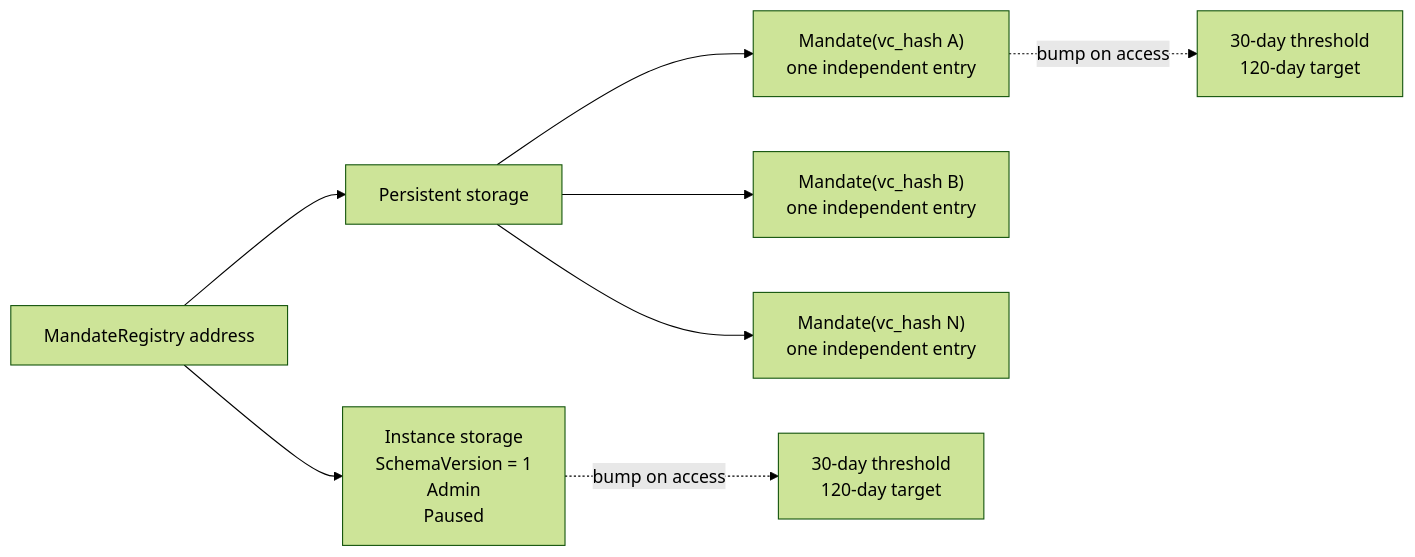
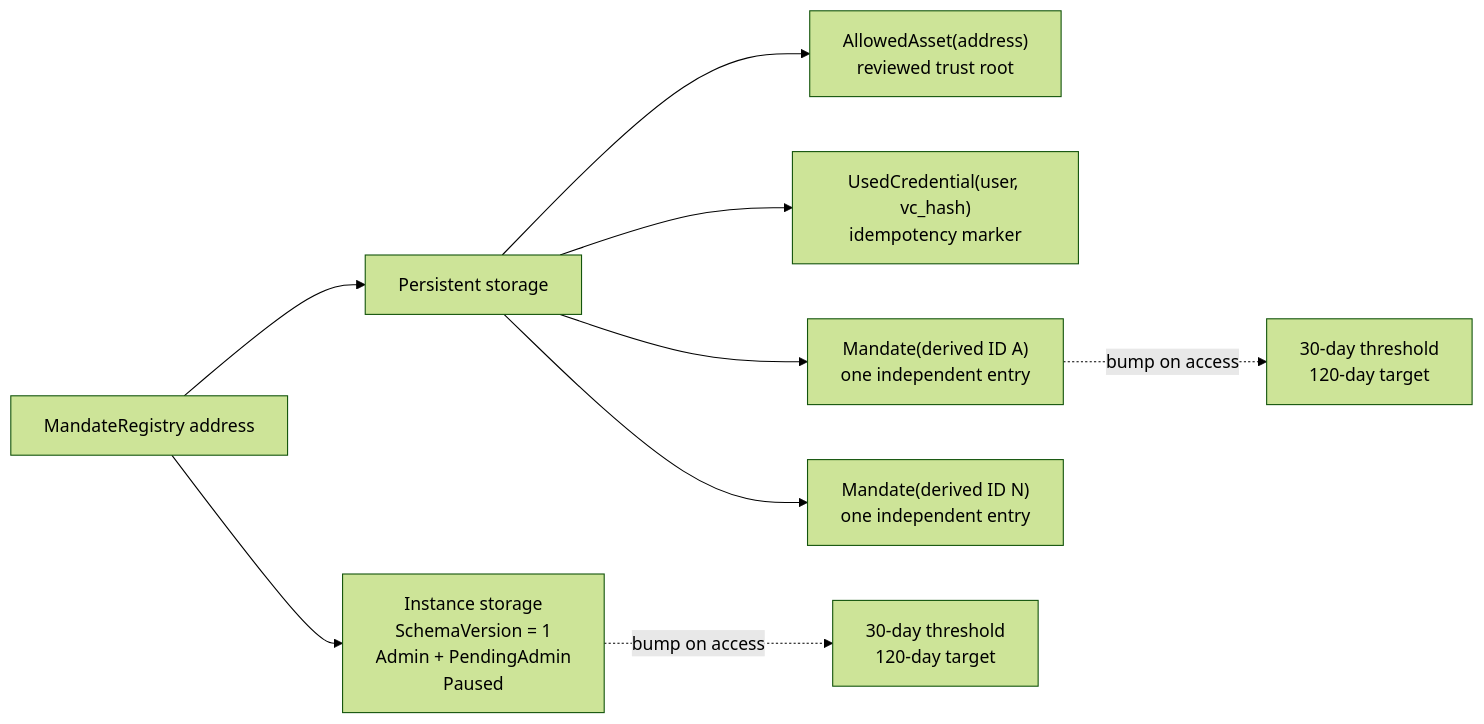
Before and after one commit to ackrate/ackrate-protocol-contracts: the sixth of 6 diagrams in contracts/mainnet-v2/README.md, drawn with Mermaid (forest theme). The commit also changed other lines of this file and 60 other files, not shown here.

````diff
--- a/contracts/mainnet-v2/README.md
+++ b/contracts/mainnet-v2/README.md
@@ -315,11 +339,12 @@
 ```mermaid
 flowchart LR
-    C["MandateRegistry address"] --> I["Instance storage\nSchemaVersion = 1\nAdmin\nPaused"]
+    C["MandateRegistry address"] --> I["Instance storage\nSchemaVersion = 1\nAdmin + PendingAdmin\nPaused"]
     C --> P["Persistent storage"]
-    P --> K1["Mandate(vc_hash A)\none independent entry"]
-    P --> K2["Mandate(vc_hash B)\none independent entry"]
-    P --> KN["Mandate(vc_hash N)\none independent entry"]
+    P --> A["AllowedAsset(address)\nreviewed trust root"]
+    P --> U["UsedCredential(user, vc_hash)\nidempotency marker"]
+    P --> K1["Mandate(derived ID A)\none independent entry"]
+    P --> KN["Mandate(derived ID N)\none independent entry"]
 
     I -. "bump on access" .-> TTL1["30-day threshold\n120-day target"]
     K1 -. "bump on access" .-> TTL2["30-day threshold\n120-day target"]
 ```
````
